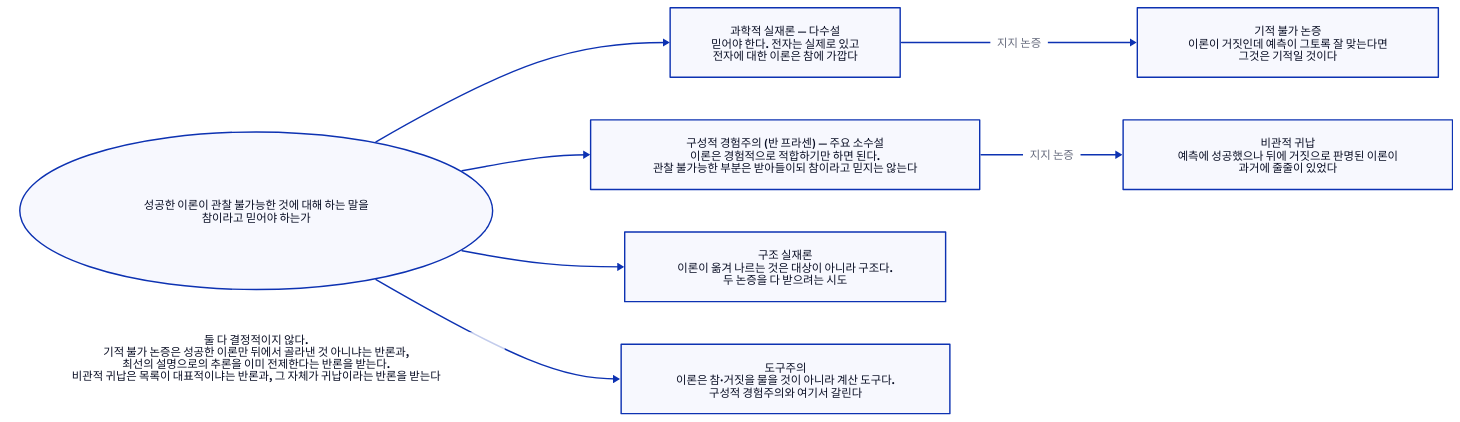
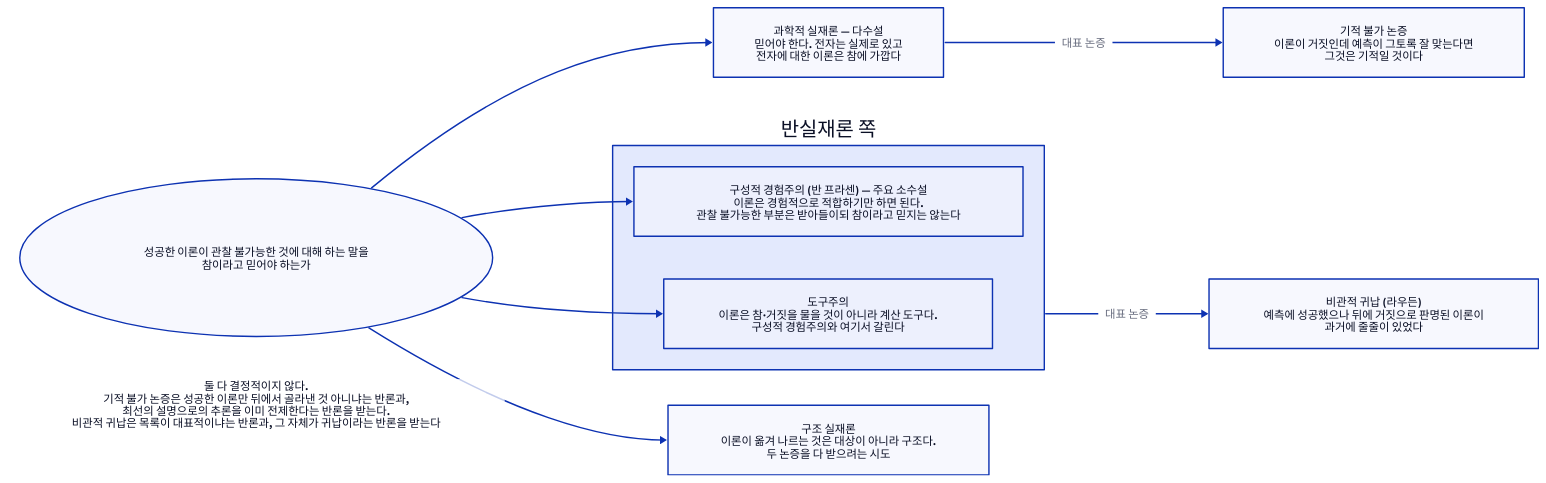
Before and after one commit to Dong-gi/Dong-gi.github.io: the diagram in d2/philosophy/phi-s-realism-map.d2, drawn with D2. The commit also changed 622 other files, not shown here.

```diff
--- a/d2/philosophy/phi-s-realism-map.d2
+++ b/d2/philosophy/phi-s-realism-map.d2
@@ -1,29 +1,34 @@
 # 과학적 실재론 논쟁의 지도 — 철학 9장.
 #
-# 무엇을 읽어야 하나: 두 큰 입장에 각각 대표 논증이 붙어 있고,
-# 맨 아래 상자가 두 논증이 왜 결판을 내지 못하는지를 적는다.
+# 무엇을 읽어야 하나: 실재론과 반실재론 쪽 묶음에 각각 대표 논증이 붙어 있고,
+# 상자 없이 놓인 글이 두 논증이 왜 결판을 내지 못하는지를 적는다.
+# 비관적 귀납은 본문이 '반대편의 대표 논증'(라우든)으로 소개하고 구성적 경험주의가 드는
+# 논증 둘에는 들지 않으므로, 구성적 경험주의 상자가 아니라 반실재론 쪽 묶음에 단다.
 direction: right
 
 물음: { label: "성공한 이론이 관찰 불가능한 것에 대해 하는 말을\n참이라고 믿어야 하는가"; shape: oval; style.bold: true }
 
 실재론: { label: "과학적 실재론 — 다수설\n믿어야 한다. 전자는 실제로 있고\n전자에 대한 이론은 참에 가깝다"; style.bold: true }
 기적: { label: "기적 불가 논증\n이론이 거짓인데 예측이 그토록 잘 맞는다면\n그것은 기적일 것이다" }
 
-구성: { label: "구성적 경험주의 (반 프라센) — 주요 소수설\n이론은 경험적으로 적합하기만 하면 된다.\n관찰 불가능한 부분은 받아들이되 참이라고 믿지는 않는다"; style.bold: true }
-비관: { label: "비관적 귀납\n예측에 성공했으나 뒤에 거짓으로 판명된 이론이\n과거에 줄줄이 있었다" }
+반실재론: {
+  label: "반실재론 쪽"
+  구성: { label: "구성적 경험주의 (반 프라센) — 주요 소수설\n이론은 경험적으로 적합하기만 하면 된다.\n관찰 불가능한 부분은 받아들이되 참이라고 믿지는 않는다"; style.bold: true }
+  도구: { label: "도구주의\n이론은 참·거짓을 물을 것이 아니라 계산 도구다.\n구성적 경험주의와 여기서 갈린다" }
+}
+비관: { label: "비관적 귀납 (라우든)\n예측에 성공했으나 뒤에 거짓으로 판명된 이론이\n과거에 줄줄이 있었다" }
 
 구조: { label: "구조 실재론\n이론이 옮겨 나르는 것은 대상이 아니라 구조다.\n두 논증을 다 받으려는 시도" }
-도구: { label: "도구주의\n이론은 참·거짓을 물을 것이 아니라 계산 도구다.\n구성적 경험주의와 여기서 갈린다" }
 
 물음 -> 실재론
-물음 -> 구성
+물음 -> 반실재론.구성
 물음 -> 구조
-물음 -> 도구
-실재론 -> 기적: "지지 논증"
-구성 -> 비관: "지지 논증"
+물음 -> 반실재론.도구
+실재론 -> 기적: "대표 논증"
+반실재론 -> 비관: "대표 논증"
 
 미결: {
   label: "둘 다 결정적이지 않다.\n기적 불가 논증은 성공한 이론만 뒤에서 골라낸 것 아니냐는 반론과,\n최선의 설명으로의 추론을 이미 전제한다는 반론을 받는다.\n비관적 귀납은 목록이 대표적이냐는 반론과, 그 자체가 귀납이라는 반론을 받는다"
   shape: text
   style.bold: true
 }
```
